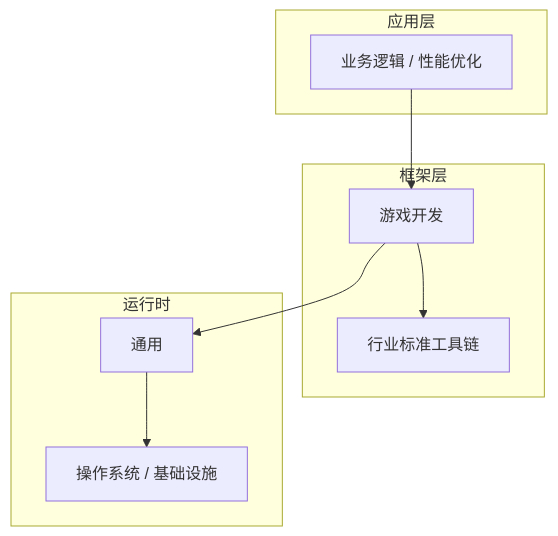
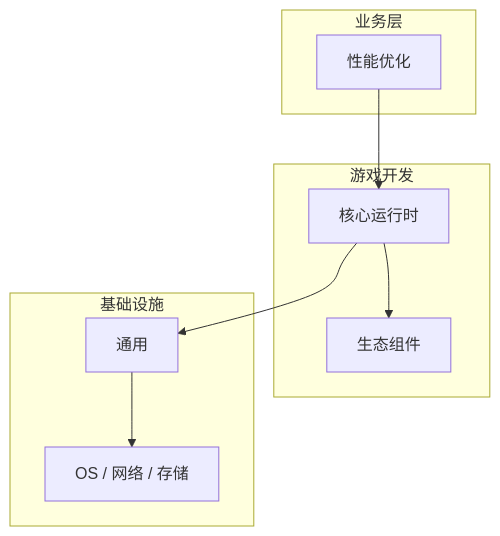
Before and after one commit to yanggan2015/knowledge-json-v2: the diagram in articles/游戏开发/chapters/091-性能优化核心概念与原理.md, drawn with Mermaid. The commit also changed other lines of this file and 10127 other files, not shown here.

````diff
--- a/articles/游戏开发/chapters/091-性能优化核心概念与原理.md
+++ b/articles/游戏开发/chapters/091-性能优化核心概念与原理.md
@@ -45,18 +30,18 @@
 ```mermaid
 graph TB
-    subgraph 应用层
-        A[业务逻辑 / 性能优化]
+    subgraph 业务层
+        A[性能优化]
     end
-    subgraph 框架层
-        B[游戏开发]
-        C[行业标准工具链]
+    subgraph 游戏开发
+        B[核心运行时]
+        C[生态组件]
     end
-    subgraph 运行时
+    subgraph 基础设施
         D[通用]
-        E[操作系统 / 基础设施]
+        E[OS / 网络 / 存储]
     end
     A --> B
     B --> C
     B --> D
     D --> E
 ```
````
